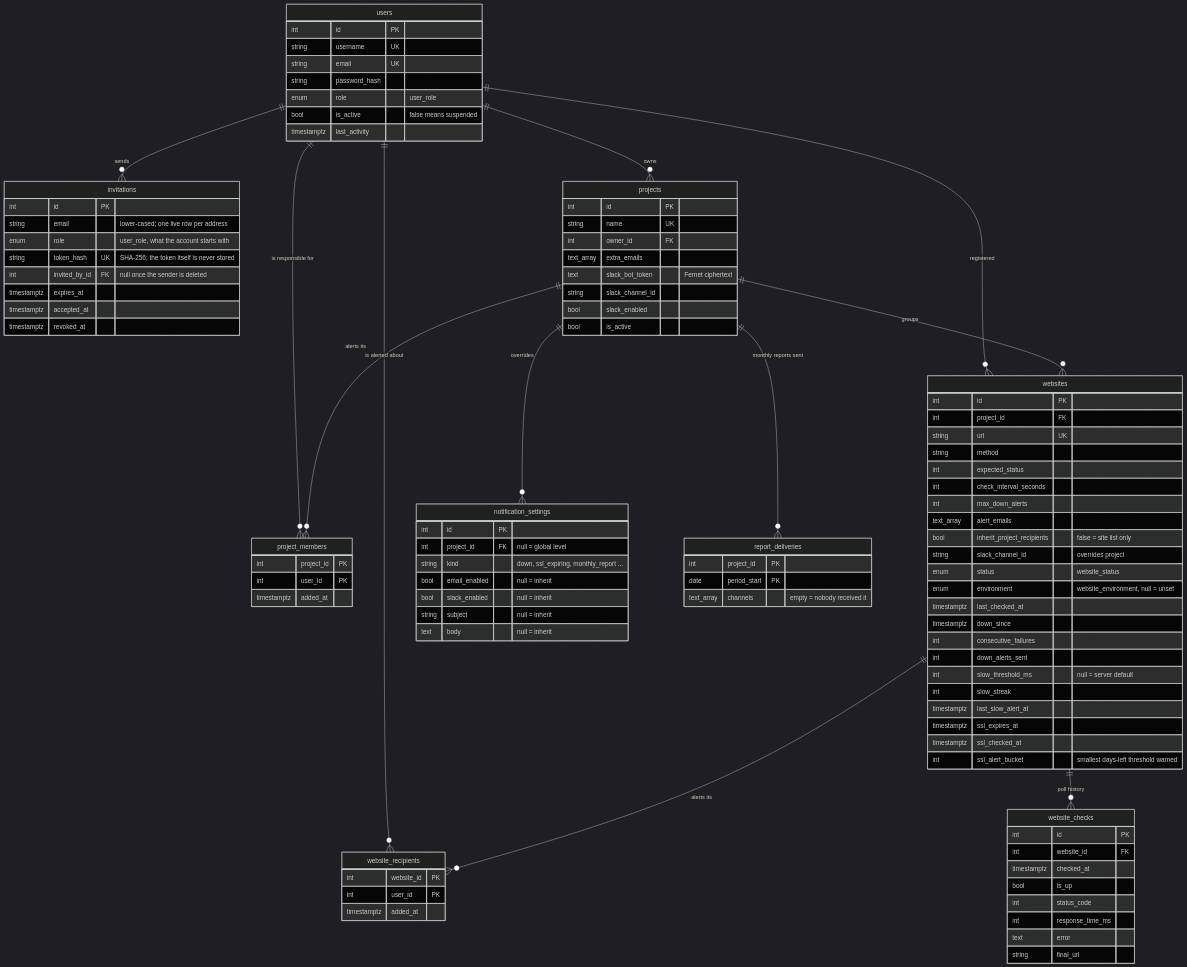
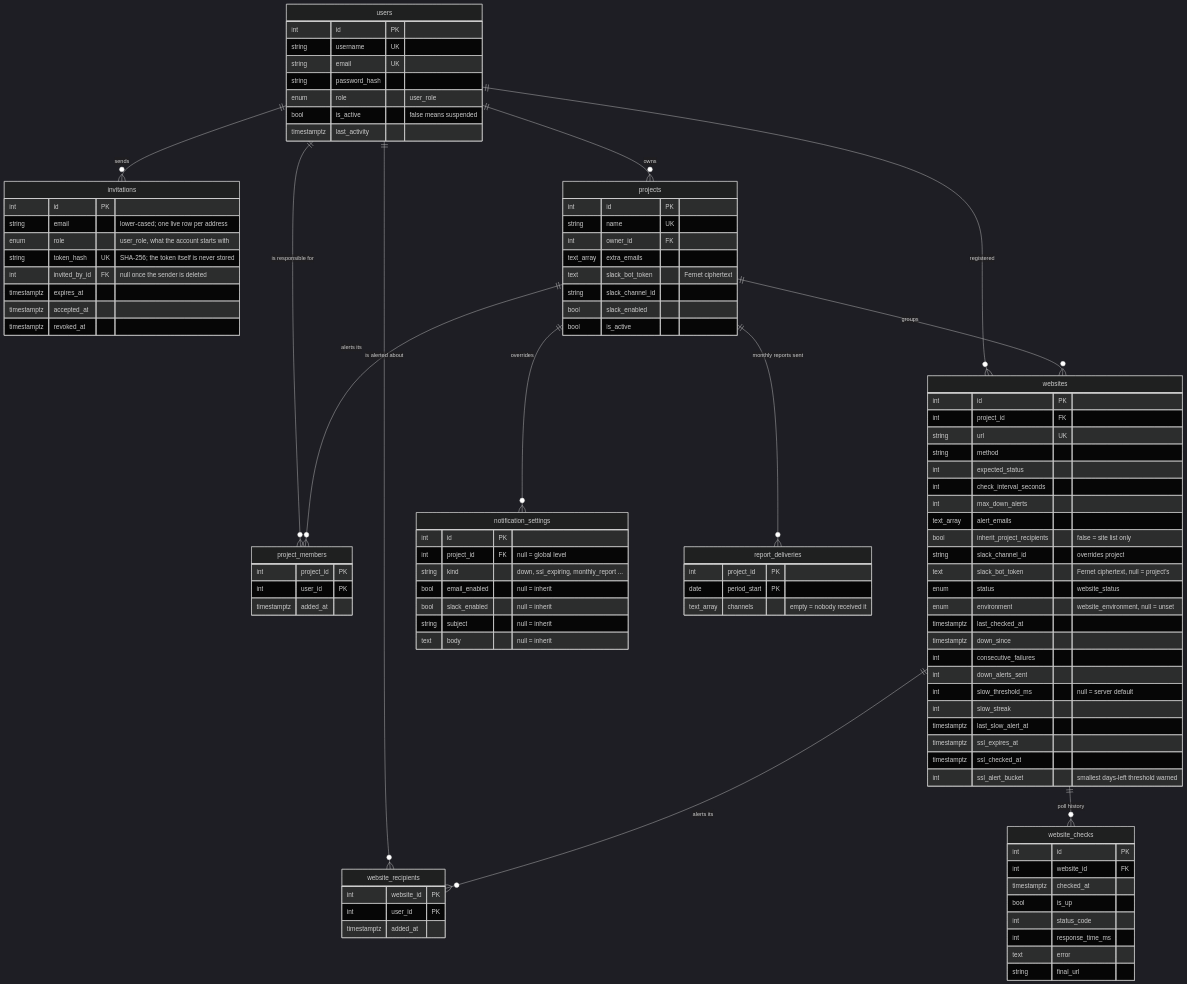
One commit to TahjibNil75/watchly changed the third of 6 diagrams in doc/hld.md. Above: the diagram before and after it, drawn with Mermaid (dark theme). The commit also changed other lines of this file and 12 other files, not shown here.

```diff
--- a/doc/hld.md
+++ b/doc/hld.md
@@ -226,6 +226,7 @@
         text_array alert_emails
         bool inherit_project_recipients "false = site list only"
         string slack_channel_id "overrides project"
+        text slack_bot_token "Fernet ciphertext, null = project's"
         enum status "website_status"
         enum environment "website_environment, null = unset"
         timestamptz last_checked_at
```
